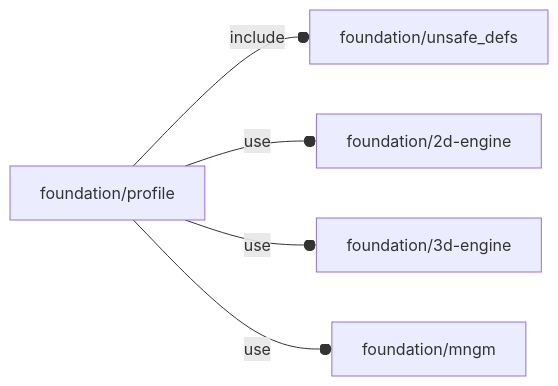
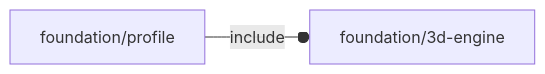
Before and after one commit to ggabbiani/OFL: the diagram in orthodocs/foundation/profile.md, drawn with Mermaid. The commit also changed 26 other files, not shown here.

````diff
--- a/orthodocs/foundation/profile.md
+++ b/orthodocs/foundation/profile.md
@@ -5,7 +5,4 @@
 ```mermaid
 graph LR
-    A1[foundation/profile] --o|include| A2[foundation/unsafe_defs]
-    A1 --o|use| A3[foundation/2d-engine]
-    A1 --o|use| A4[foundation/3d-engine]
-    A1 --o|use| A5[foundation/mngm]
+    A1[foundation/profile] --o|include| A2[foundation/3d-engine]
 ```
````
